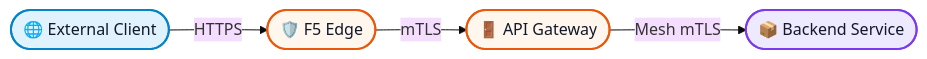
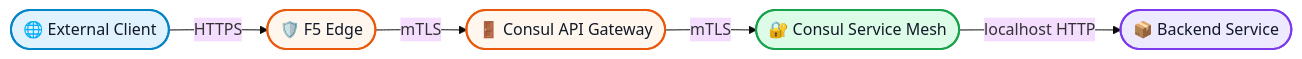
Before and after one commit to chris-lovett/API-Gateway-mTLS: the diagram in docs/architecture.md, drawn with Mermaid (base theme). The commit also changed other lines of this file and 1 other file, not shown here.

Commit message:
Rewrite architecture docs into overview and operator deep dive

````diff
--- a/docs/architecture.md
+++ b/docs/architecture.md
@@ -7,13 +34,23 @@
 ```mermaid
 flowchart LR
-    client([🌐 External Client]) -->|HTTPS| f5([🛡️ F5 Edge]) -->|mTLS| gateway([🚪 API Gateway]) -->|Mesh mTLS| backend([📦 Backend Service])
+    client([🌐 External Client])
+    f5([🛡️ F5 Edge])
+    gateway([🚪 Consul API Gateway])
+    mesh([🔐 Consul Service Mesh])
+    backend([📦 Backend Service])
+
+    client -->|HTTPS| f5
+    f5 -->|mTLS| gateway
+    gateway -->|mTLS| mesh
+    mesh -->|localhost HTTP| backend
 
     classDef blue fill:#e0f2fe,stroke:#0284c7,stroke-width:2px,color:#111827;
     classDef orange fill:#fff7ed,stroke:#ea580c,stroke-width:2px,color:#111827;
     classDef green fill:#dcfce7,stroke:#16a34a,stroke-width:2px,color:#111827;
     classDef purple fill:#ede9fe,stroke:#7c3aed,stroke-width:2px,color:#111827;
 
     class client blue;
     class f5,gateway orange;
+    class mesh green;
     class backend purple;
 ```
````
